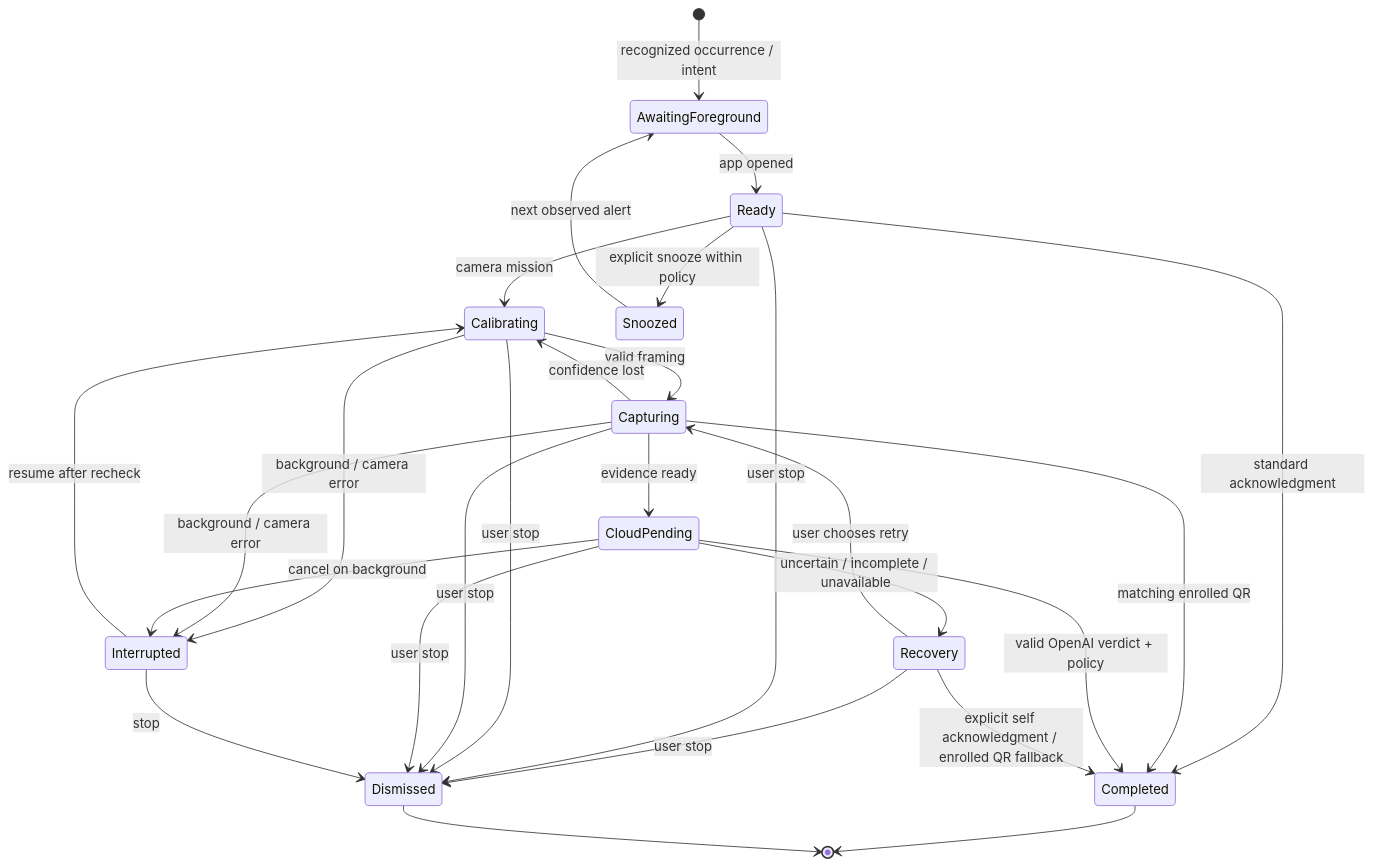
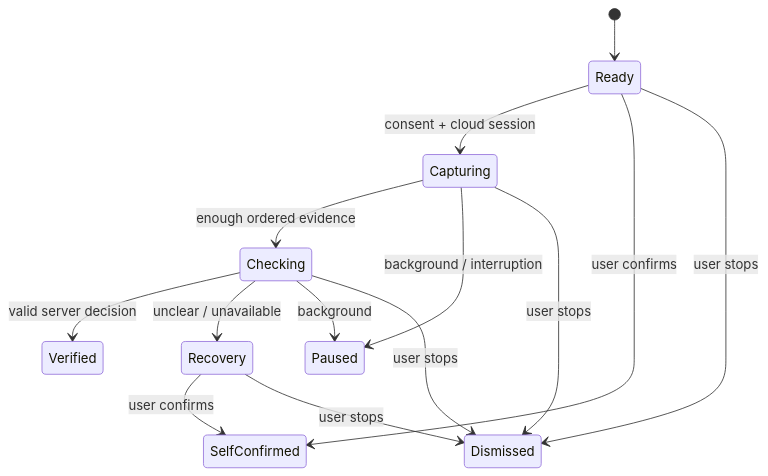
Before and after one commit to thanhdanh/HiMorning: the second of 2 diagrams in docs/ARCHITECTURE.md, drawn with Mermaid. The commit also changed other lines of this file and 14 other files, not shown here.

````diff
--- a/docs/ARCHITECTURE.md
+++ b/docs/ARCHITECTURE.md
@@ -144,29 +71,16 @@
 ```mermaid
 stateDiagram-v2
-  [*] --> AwaitingForeground: recognized occurrence / intent
-  AwaitingForeground --> Ready: app opened
-  Ready --> Completed: standard acknowledgment
-  Ready --> Calibrating: camera mission
-  Calibrating --> Capturing: valid framing
-  Capturing --> CloudPending: evidence ready
-  Capturing --> Completed: matching enrolled QR
-  CloudPending --> Completed: valid OpenAI verdict + policy
-  CloudPending --> Recovery: uncertain / incomplete / unavailable
-  Recovery --> Capturing: user chooses retry
-  Recovery --> Completed: explicit self acknowledgment / enrolled QR fallback
-  Recovery --> Dismissed: user stop
-  Capturing --> Calibrating: confidence lost
-  Ready --> Snoozed: explicit snooze within policy
-  Snoozed --> AwaitingForeground: next observed alert
-  Ready --> Dismissed: user stop
-  Calibrating --> Dismissed: user stop
-  Capturing --> Dismissed: user stop
-  CloudPending --> Dismissed: user stop
-  Calibrating --> Interrupted: background / camera error
-  Capturing --> Interrupted: background / camera error
-  CloudPending --> Interrupted: cancel on background
-  Interrupted --> Calibrating: resume after recheck
-  Interrupted --> Dismissed: stop
-  Completed --> [*]
-  Dismissed --> [*]
+  [*] --> Ready
+  Ready --> Capturing: consent + cloud session
+  Capturing --> Checking: enough ordered evidence
+  Checking --> Verified: valid server decision
+  Checking --> Recovery: unclear / unavailable
+  Capturing --> Paused: background / interruption
+  Checking --> Paused: background
+  Ready --> SelfConfirmed: user confirms
+  Ready --> Dismissed: user stops
+  Capturing --> Dismissed: user stops
+  Checking --> Dismissed: user stops
+  Recovery --> SelfConfirmed: user confirms
+  Recovery --> Dismissed: user stops
 ```
````
